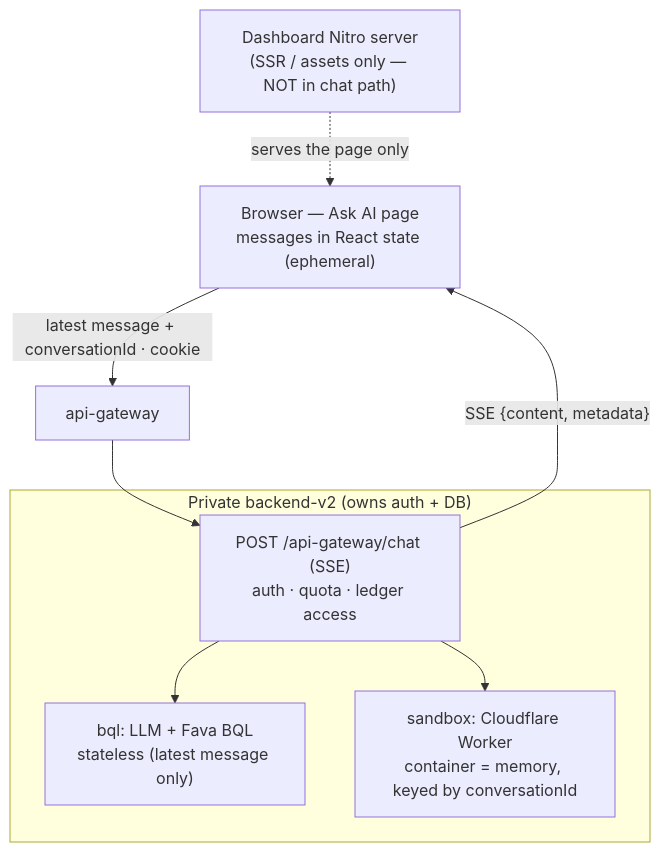
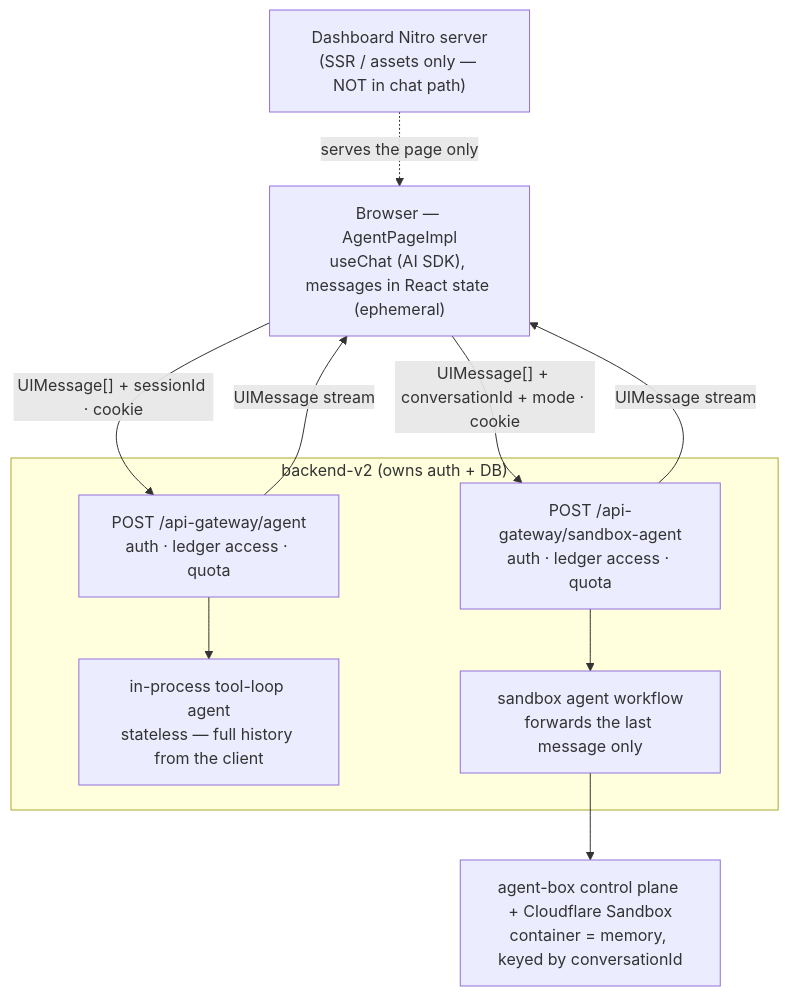
One commit to bex-co/beancount-io changed the first of 4 diagrams in docs/adrs/ADR001-dashboard-chat-history-persistence.md. Above: the diagram before and after it, drawn with Mermaid. The commit also changed other lines of this file and 17 other files, not shown here.

````diff
--- a/docs/adrs/ADR001-dashboard-chat-history-persistence.md
+++ b/docs/adrs/ADR001-dashboard-chat-history-persistence.md
@@ -46,17 +66,18 @@
 ```mermaid
 flowchart TB
-  browser["Browser — Ask AI page<br/>messages in React state (ephemeral)"]
+  browser["Browser — AgentPageImpl<br/>useChat (AI SDK), messages in React state (ephemeral)"]
   dash["Dashboard Nitro server<br/>(SSR / assets only — NOT in chat path)"]
-  gw["api-gateway"]
-  subgraph be["Private backend-v2 (owns auth + DB)"]
-    route["POST /api-gateway/chat (SSE)<br/>auth · quota · ledger access"]
-    bql["bql: LLM + Fava BQL<br/>stateless (latest message only)"]
-    sbx["sandbox: Cloudflare Worker<br/>container = memory, keyed by conversationId"]
+  subgraph be["backend-v2 (owns auth + DB)"]
+    agentRoute["POST /api-gateway/agent<br/>auth · ledger access · quota"]
+    sbxRoute["POST /api-gateway/sandbox-agent<br/>auth · ledger access · quota"]
+    loop["in-process tool-loop agent<br/>stateless — full history from the client"]
+    wf["sandbox agent workflow<br/>forwards the last message only"]
   end
+  box["agent-box control plane + Cloudflare Sandbox<br/>container = memory, keyed by conversationId"]
 
   dash -. "serves the page only" .-> browser
-  browser -- "latest message + conversationId · cookie" --> gw --> route
-  route --> bql
-  route --> sbx
-  route -- "SSE {content, metadata}" --> browser
+  browser -- "UIMessage[] + sessionId · cookie" --> agentRoute --> loop
+  browser -- "UIMessage[] + conversationId + mode · cookie" --> sbxRoute --> wf --> box
+  agentRoute -- "UIMessage stream" --> browser
+  sbxRoute -- "UIMessage stream" --> browser
 ```
````
